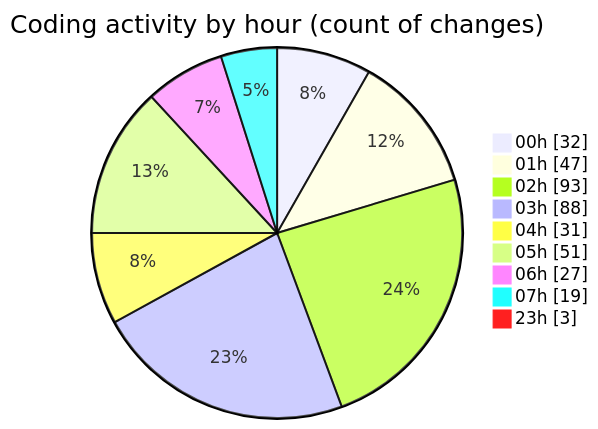
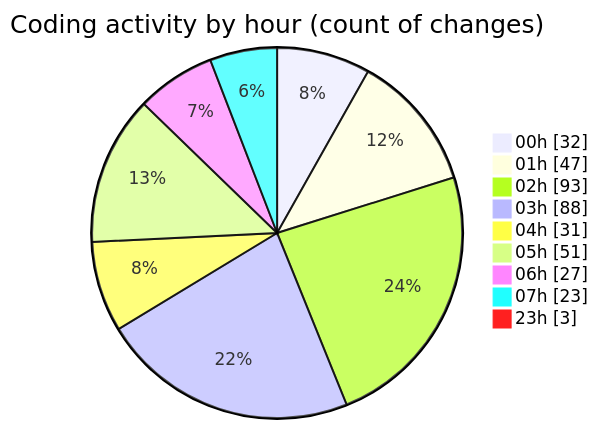
The second of 2 diagrams in 2025-07-28/quanlyrapchieuphim-1/README.md (lephambinh05/code-tracking), drawn with Mermaid before and after one commit. The commit also changed other lines of this file and 1 other file, not shown here.

````diff
--- a/2025-07-28/quanlyrapchieuphim-1/README.md
+++ b/2025-07-28/quanlyrapchieuphim-1/README.md
@@ -90,13 +90,13 @@
 ```mermaid
 pie showData
 title Coding activity by hour (count of changes)
 "00h" : 32
 "01h" : 47
 "02h" : 93
 "03h" : 88
 "04h" : 31
 "05h" : 51
 "06h" : 27
-"07h" : 19
+"07h" : 23
 "23h" : 3
 ```
````
